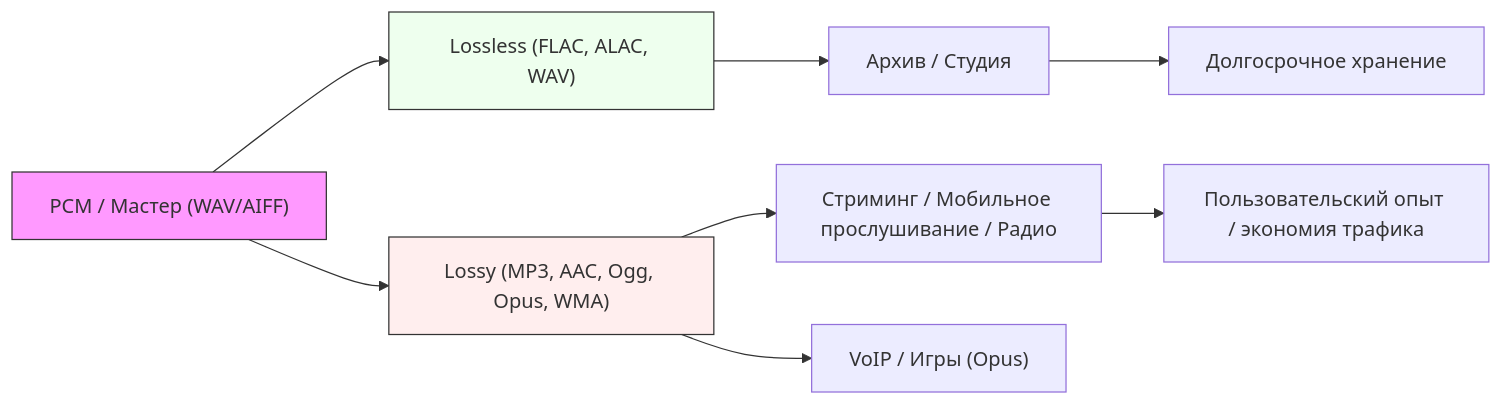
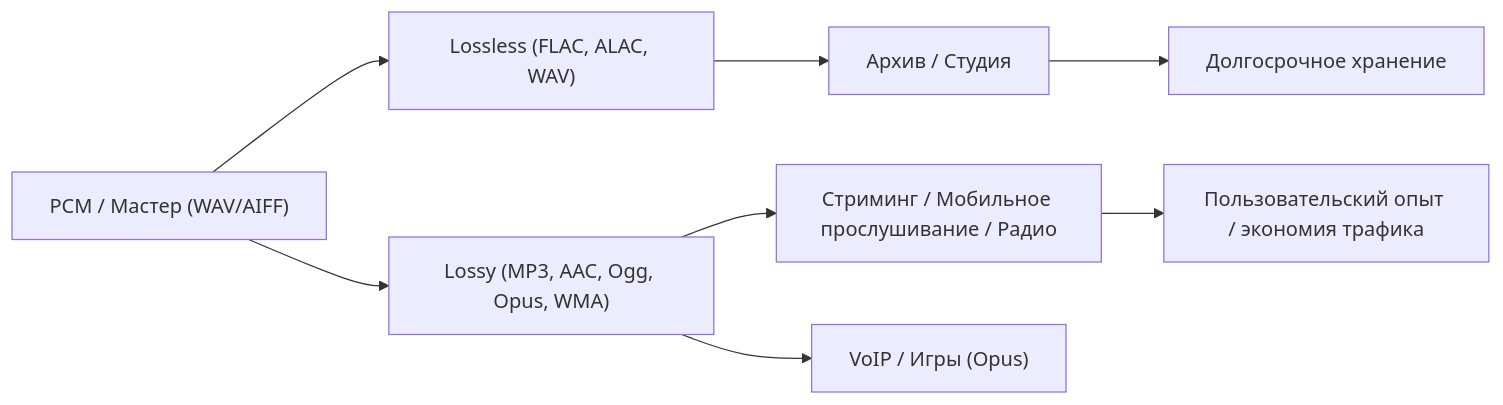
Before and after one commit to ksy-prog/information-systems-and-tech: the diagram in seminar-08-audio-create-process/q4-main-audio-formats.md, drawn with Mermaid. The commit also changed other lines of this file, not shown here.

Commit message:
аптейд схемы в конспекте
убрал кислотные цвета блоков

````diff
--- a/seminar-08-audio-create-process/q4-main-audio-formats.md
+++ b/seminar-08-audio-create-process/q4-main-audio-formats.md
@@ -157,13 +157,10 @@
 ```mermaid
 flowchart LR
     A["PCM / Мастер (WAV/AIFF)"] --> B1["Lossless (FLAC, ALAC, WAV)"]
     A --> B2["Lossy (MP3, AAC, Ogg, Opus, WMA)"]
     B1 --> C1["Архив / Студия"]
     B2 --> C2["Стриминг / Мобильное прослушивание / Радио"]
     B2 --> C3["VoIP / Игры (Opus)"]
     C1 --> D["Долгосрочное хранение"]
     C2 --> E["Пользовательский опыт / экономия трафика"]
-    style A fill:#f9f,stroke:#333,stroke-width:1px
-    style B1 fill:#efe,stroke:#333
-    style B2 fill:#fee,stroke:#333
 ```
````
